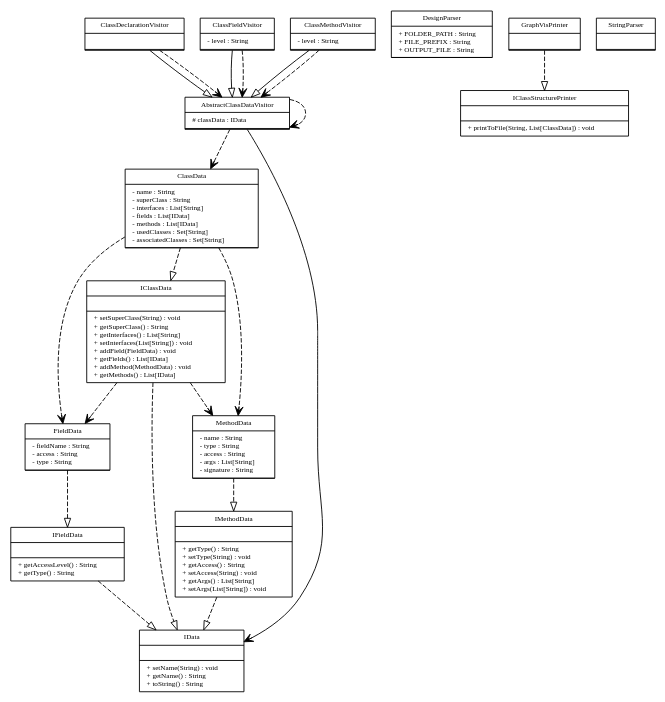
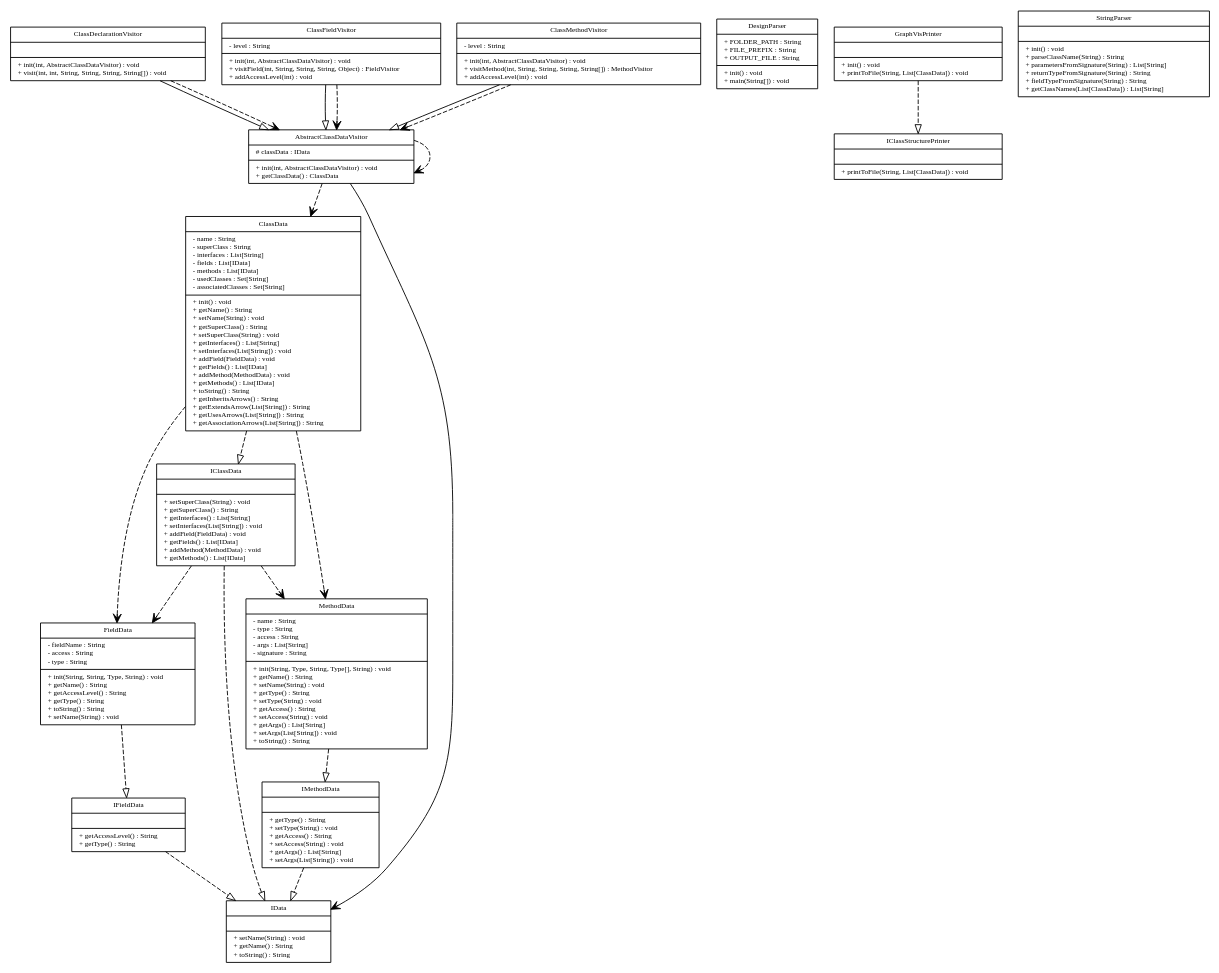
One commit to LoganErexson/CSSE374TeamProject changed the diagram in input_output/Diagram.gv. Above: the diagram before and after it, drawn with Graphviz. The commit also changed 2 other files, not shown here.

```diff
--- a/input_output/Diagram.gv
+++ b/input_output/Diagram.gv
@@ -10,7 +10,7 @@
 fontsize =8
 ]
 AbstractClassDataVisitor [
-label = "{AbstractClassDataVisitor|# classData : IData\l|+ <init>(int, AbstractClassDataVisitor) : void\l+ getClassData() : ClassData\l}"
+label = "{AbstractClassDataVisitor|# classData : IData\l|+ init(int, AbstractClassDataVisitor) : void\l+ getClassData() : ClassData\l}"
 ]
 edge [ 
 arrowhead = "vee"
@@ -24,7 +24,7 @@
 ]
 AbstractClassDataVisitor -> IData
 ClassData [
-label = "{ClassData|- name : String\l- superClass : String\l- interfaces : List[String]\l- fields : List[IData]\l- methods : List[IData]\l- usedClasses : Set[String]\l- associatedClasses : Set[String]\l|+ <init>() : void\l+ getName() : String\l+ setName(String) : void\l+ getSuperClass() : String\l+ setSuperClass(String) : void\l+ getInterfaces() : List[String]\l+ setInterfaces(List[String]) : void\l+ addField(FieldData) : void\l+ getFields() : List[IData]\l+ addMethod(MethodData) : void\l+ getMethods() : List[IData]\l+ toString() : String\l+ getInheritsArrows() : String\l+ getExtendsArrow(List[String]) : String\l+ getUsesArrows(List[String]) : String\l+ getAssociationArrows(List[String]) : String\l}"
+label = "{ClassData|- name : String\l- superClass : String\l- interfaces : List[String]\l- fields : List[IData]\l- methods : List[IData]\l- usedClasses : Set[String]\l- associatedClasses : Set[String]\l|+ init() : void\l+ getName() : String\l+ setName(String) : void\l+ getSuperClass() : String\l+ setSuperClass(String) : void\l+ getInterfaces() : List[String]\l+ setInterfaces(List[String]) : void\l+ addField(FieldData) : void\l+ getFields() : List[IData]\l+ addMethod(MethodData) : void\l+ getMethods() : List[IData]\l+ toString() : String\l+ getInheritsArrows() : String\l+ getExtendsArrow(List[String]) : String\l+ getUsesArrows(List[String]) : String\l+ getAssociationArrows(List[String]) : String\l}"
 ]
 edge [ 
 arrowhead = "empty"
@@ -42,7 +42,7 @@
 style = "solid"
 ]
 ClassDeclarationVisitor [
-label = "{ClassDeclarationVisitor||+ <init>(int, AbstractClassDataVisitor) : void\l+ visit(int, int, String, String, String, String[]) : void\l}"
+label = "{ClassDeclarationVisitor||+ init(int, AbstractClassDataVisitor) : void\l+ visit(int, int, String, String, String, String[]) : void\l}"
 ]
 edge [ 
 arrowhead = "empty"
@@ -55,7 +55,7 @@
 ]
 ClassDeclarationVisitor -> AbstractClassDataVisitor
 ClassFieldVisitor [
-label = "{ClassFieldVisitor|- level : String\l|+ <init>(int, AbstractClassDataVisitor) : void\l+ visitField(int, String, String, String, Object) : FieldVisitor\l+ addAccessLevel(int) : void\l}"
+label = "{ClassFieldVisitor|- level : String\l|+ init(int, AbstractClassDataVisitor) : void\l+ visitField(int, String, String, String, Object) : FieldVisitor\l+ addAccessLevel(int) : void\l}"
 ]
 edge [ 
 arrowhead = "empty"
@@ -72,7 +72,7 @@
 style = "solid"
 ]
 ClassMethodVisitor [
-label = "{ClassMethodVisitor|- level : String\l|+ <init>(int, AbstractClassDataVisitor) : void\l+ visitMethod(int, String, String, String, String[]) : MethodVisitor\l+ addAccessLevel(int) : void\l}"
+label = "{ClassMethodVisitor|- level : String\l|+ init(int, AbstractClassDataVisitor) : void\l+ visitMethod(int, String, String, String, String[]) : MethodVisitor\l+ addAccessLevel(int) : void\l}"
 ]
 edge [ 
 arrowhead = "empty"
@@ -89,7 +89,7 @@
 style = "solid"
 ]
 DesignParser [
-label = "{DesignParser|+ FOLDER_PATH : String\l+ FILE_PREFIX : String\l+ OUTPUT_FILE : String\l|+ <init>() : void\l+ main(String[]) : void\l}"
+label = "{DesignParser|+ FOLDER_PATH : String\l+ FILE_PREFIX : String\l+ OUTPUT_FILE : String\l|+ init() : void\l+ main(String[]) : void\l}"
 ]
 edge [ 
 arrowhead = "vee"
@@ -100,7 +100,7 @@
 style = "solid"
 ]
 FieldData [
-label = "{FieldData|- fieldName : String\l- access : String\l- type : String\l|+ <init>(String, String, Type, String) : void\l+ getName() : String\l+ getAccessLevel() : String\l+ getType() : String\l+ toString() : String\l+ setName(String) : void\l}"
+label = "{FieldData|- fieldName : String\l- access : String\l- type : String\l|+ init(String, String, Type, String) : void\l+ getName() : String\l+ getAccessLevel() : String\l+ getType() : String\l+ toString() : String\l+ setName(String) : void\l}"
 ]
 edge [ 
 arrowhead = "empty"
@@ -116,7 +116,7 @@
 style = "solid"
 ]
 GraphVisPrinter [
-label = "{GraphVisPrinter||+ <init>() : void\l+ printToFile(String, List[ClassData]) : void\l}"
+label = "{GraphVisPrinter||+ init() : void\l+ printToFile(String, List[ClassData]) : void\l}"
 ]
 edge [ 
 arrowhead = "empty"
@@ -180,7 +180,7 @@
 style = "dashed"
 ]
 MethodData [
-label = "{MethodData|- name : String\l- type : String\l- access : String\l- args : List[String]\l- signature : String\l|+ <init>(String, Type, String, Type[], String) : void\l+ getName() : String\l+ setName(String) : void\l+ getType() : String\l+ setType(String) : void\l+ getAccess() : String\l+ setAccess(String) : void\l+ getArgs() : List[String]\l+ setArgs(List[String]) : void\l+ toString() : String\l}"
+label = "{MethodData|- name : String\l- type : String\l- access : String\l- args : List[String]\l- signature : String\l|+ init(String, Type, String, Type[], String) : void\l+ getName() : String\l+ setName(String) : void\l+ getType() : String\l+ setType(String) : void\l+ getAccess() : String\l+ setAccess(String) : void\l+ getArgs() : List[String]\l+ setArgs(List[String]) : void\l+ toString() : String\l}"
 ]
 edge [ 
 arrowhead = "empty"
@@ -196,7 +196,7 @@
 style = "solid"
 ]
 StringParser [
-label = "{StringParser||+ <init>() : void\l+ parseClassName(String) : String\l+ parametersFromSignature(String) : List[String]\l+ returnTypeFromSignature(String) : String\l+ fieldTypeFromSignature(String) : String\l+ getClassNames(List[ClassData]) : List[String]\l}"
+label = "{StringParser||+ init() : void\l+ parseClassName(String) : String\l+ parametersFromSignature(String) : List[String]\l+ returnTypeFromSignature(String) : String\l+ fieldTypeFromSignature(String) : String\l+ getClassNames(List[ClassData]) : List[String]\l}"
 ]
 edge [ 
 arrowhead = "vee"
```
